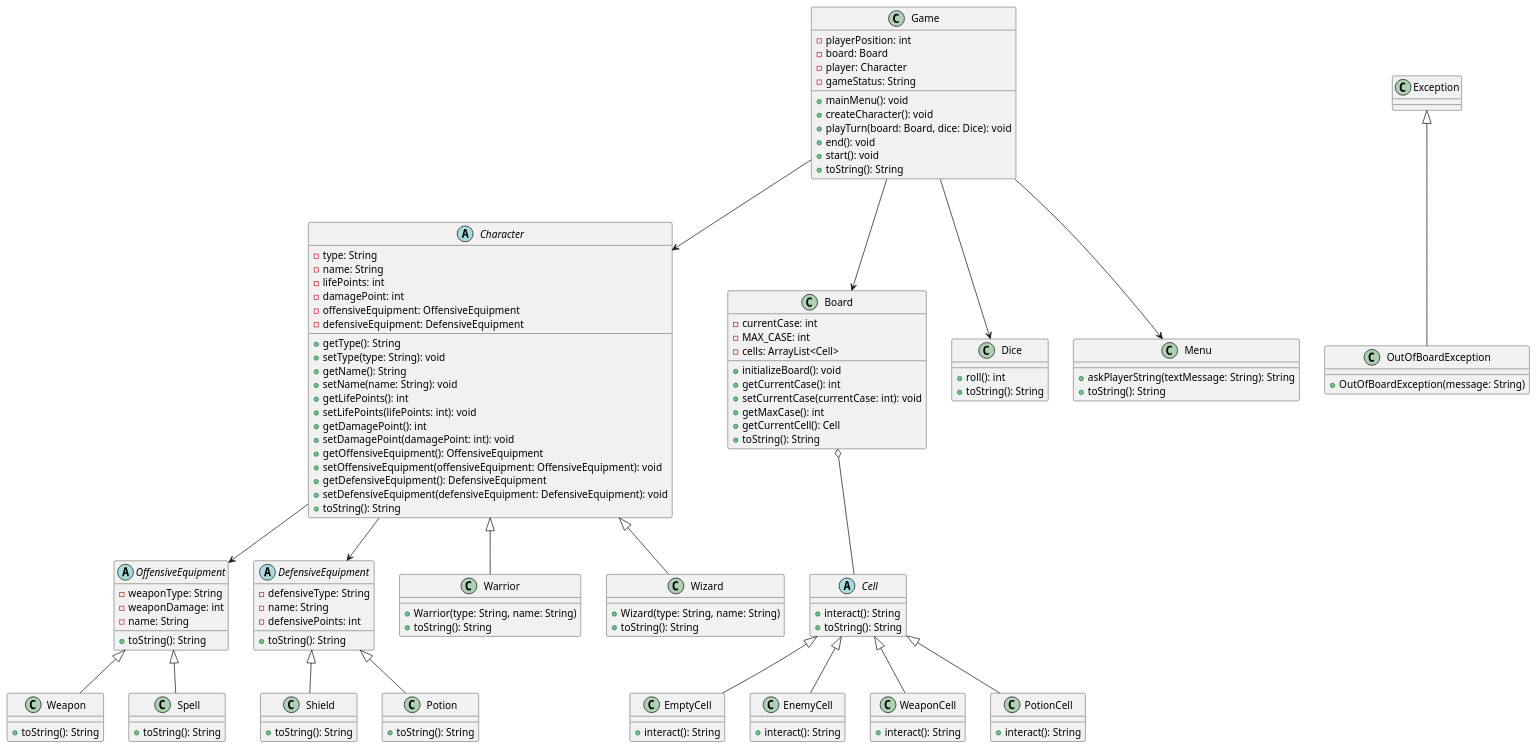
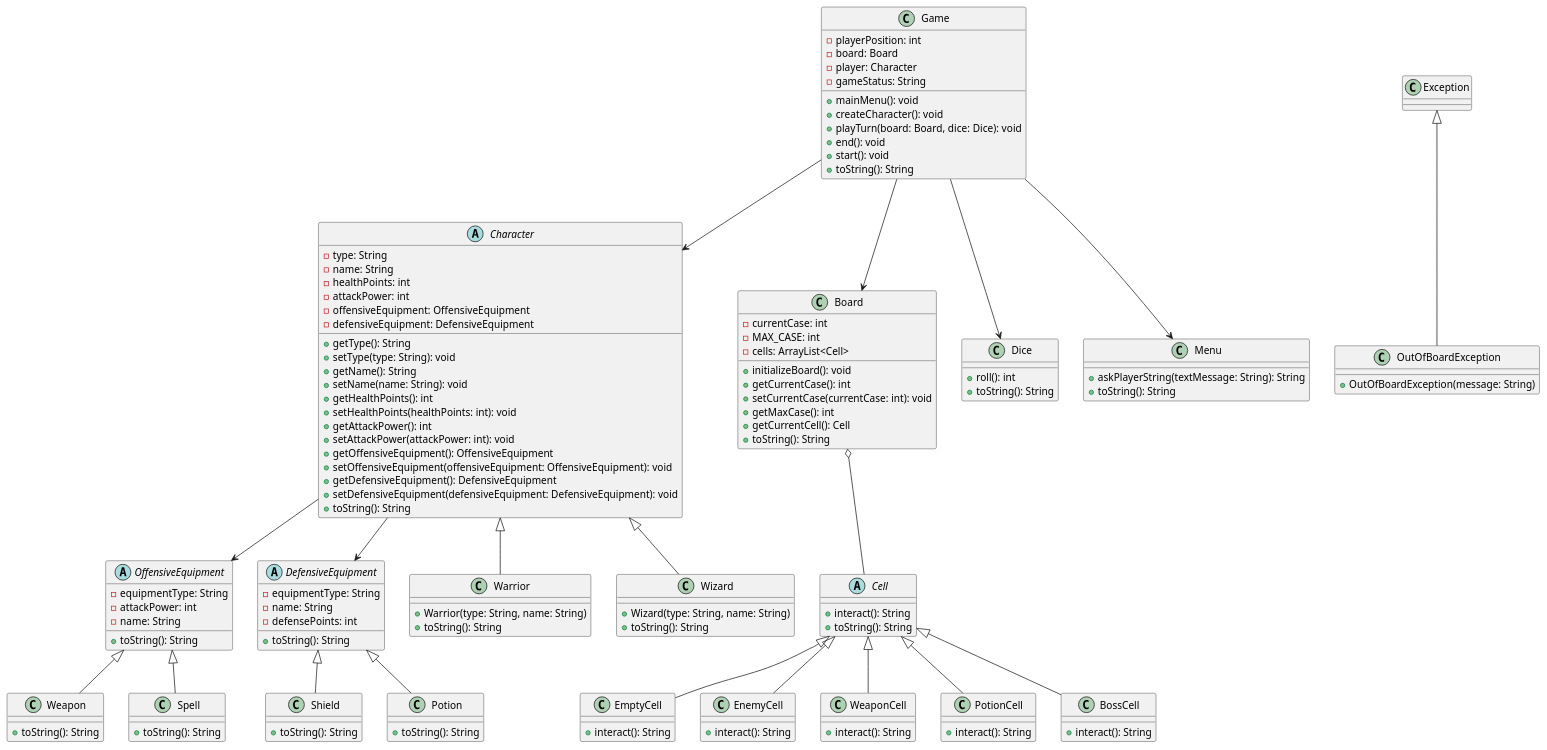
Before and after one commit to Erozah/D-D: the diagram in DD/uml_diagram.puml, drawn with PlantUML. The commit also changed 22 other files, not shown here.

Commit message:
Updated documentation, changed some method name to have it in english, added boss cell

```diff
--- a/DD/uml_diagram.puml
+++ b/DD/uml_diagram.puml
@@ -1,150 +1,155 @@
 @startuml
 
 ' Classes abstraites
 abstract class Character {
   - type: String
   - name: String
-  - lifePoints: int
-  - damagePoint: int
+  - healthPoints: int
+  - attackPower: int
   - offensiveEquipment: OffensiveEquipment
   - defensiveEquipment: DefensiveEquipment
   + getType(): String
   + setType(type: String): void
   + getName(): String
   + setName(name: String): void
-  + getLifePoints(): int
-  + setLifePoints(lifePoints: int): void
-  + getDamagePoint(): int
-  + setDamagePoint(damagePoint: int): void
+  + getHealthPoints(): int
+  + setHealthPoints(healthPoints: int): void
+  + getAttackPower(): int
+  + setAttackPower(attackPower: int): void
   + getOffensiveEquipment(): OffensiveEquipment
   + setOffensiveEquipment(offensiveEquipment: OffensiveEquipment): void
   + getDefensiveEquipment(): DefensiveEquipment
   + setDefensiveEquipment(defensiveEquipment: DefensiveEquipment): void
   + toString(): String
 }
 
 abstract class OffensiveEquipment {
-  - weaponType: String
-  - weaponDamage: int
+  - equipmentType: String
+  - attackPower: int
   - name: String
   + toString(): String
 }
 
 abstract class DefensiveEquipment {
-  - defensiveType: String
+  - equipmentType: String
   - name: String
-  - defensivePoints: int
+  - defensePoints: int
   + toString(): String
 }
 
 abstract class Cell {
   + interact(): String
   + toString(): String
 }
 
 ' Classes concrètes
 class Warrior {
   + Warrior(type: String, name: String)
   + toString(): String
 }
 
 class Wizard {
   + Wizard(type: String, name: String)
   + toString(): String
 }
 
 class Weapon {
   + toString(): String
 }
 
 class Spell {
   + toString(): String
 }
 
 class Shield {
   + toString(): String
 }
 
 class Potion {
   + toString(): String
 }
 
 class EmptyCell {
   + interact(): String
 }
 
 class EnemyCell {
   + interact(): String
 }
 
 class WeaponCell {
   + interact(): String
 }
 
 class PotionCell {
+  + interact(): String
+}
+
+class BossCell {
   + interact(): String
 }
 
 ' Autres classes
 class Board {
   - currentCase: int
   - MAX_CASE: int
   - cells: ArrayList<Cell>
   + initializeBoard(): void
   + getCurrentCase(): int
   + setCurrentCase(currentCase: int): void
   + getMaxCase(): int
   + getCurrentCell(): Cell
   + toString(): String
 }
 
 class Dice {
   + roll(): int
   + toString(): String
 }
 
 class Game {
   - playerPosition: int
   - board: Board
   - player: Character
   - gameStatus: String
   + mainMenu(): void
   + createCharacter(): void
   + playTurn(board: Board, dice: Dice): void
   + end(): void
   + start(): void
   + toString(): String
 }
 
 class Menu {
   + askPlayerString(textMessage: String): String
   + toString(): String
 }
 
 class OutOfBoardException {
   + OutOfBoardException(message: String)
 }
 
 ' Relations d'héritage
 Character <|-- Warrior
 Character <|-- Wizard
 OffensiveEquipment <|-- Weapon
 OffensiveEquipment <|-- Spell
 DefensiveEquipment <|-- Shield
 DefensiveEquipment <|-- Potion
 Cell <|-- EmptyCell
 Cell <|-- EnemyCell
 Cell <|-- WeaponCell
 Cell <|-- PotionCell
+Cell <|-- BossCell
 Exception <|-- OutOfBoardException
 
 ' Relations d'association
 Game --> Board
 Game --> Dice
 Game --> Menu
 Game --> Character
 Board o-- Cell
 Character --> OffensiveEquipment
 Character --> DefensiveEquipment
 
 @enduml
```
